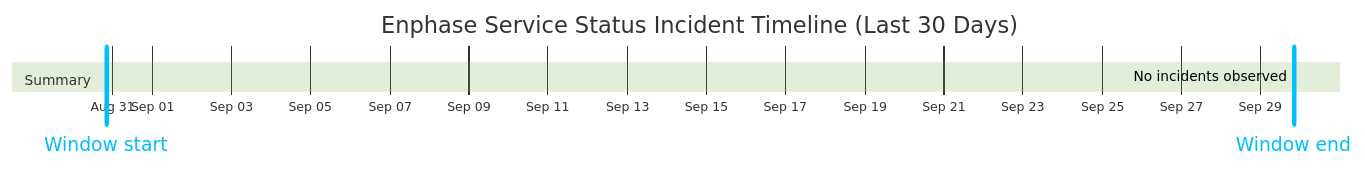
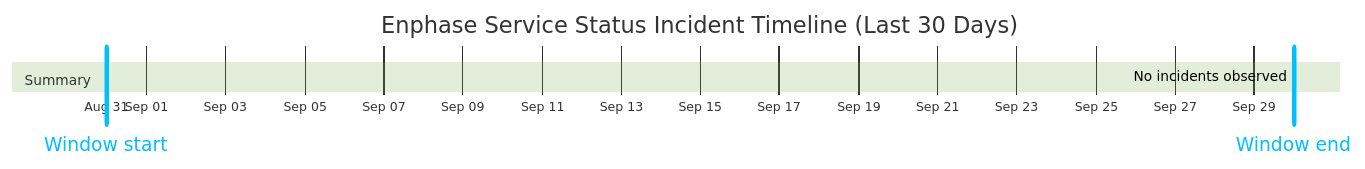
One commit to barneyonline/ha-enphase-energy changed the diagram in wiki/Service-Status-History.md. Above: the diagram before and after it, drawn with Mermaid (forest theme). The commit also changed other lines of this file and 3 other files, not shown here.

````diff
--- a/wiki/Service-Status-History.md
+++ b/wiki/Service-Status-History.md
@@ -14,10 +14,10 @@
 ```mermaid
 gantt
     title Enphase Service Status Incident Timeline (Last 30 Days)
     dateFormat  YYYY-MM-DDTHH:mm:ss
     axisFormat  %b %d
-    Window start :vert, window-start, 2026-08-30T20:06:50, 0ms
-    Window end :vert, window-end, 2026-09-29T20:06:50, 0ms
+    Window start :vert, window-start, 2026-08-30T23:52:03, 0ms
+    Window end :vert, window-end, 2026-09-29T23:52:03, 0ms
     section Summary
-    No incidents observed :done, 2026-09-29T20:06:50, 1m
+    No incidents observed :done, 2026-09-29T23:52:03, 1m
 ```
````
